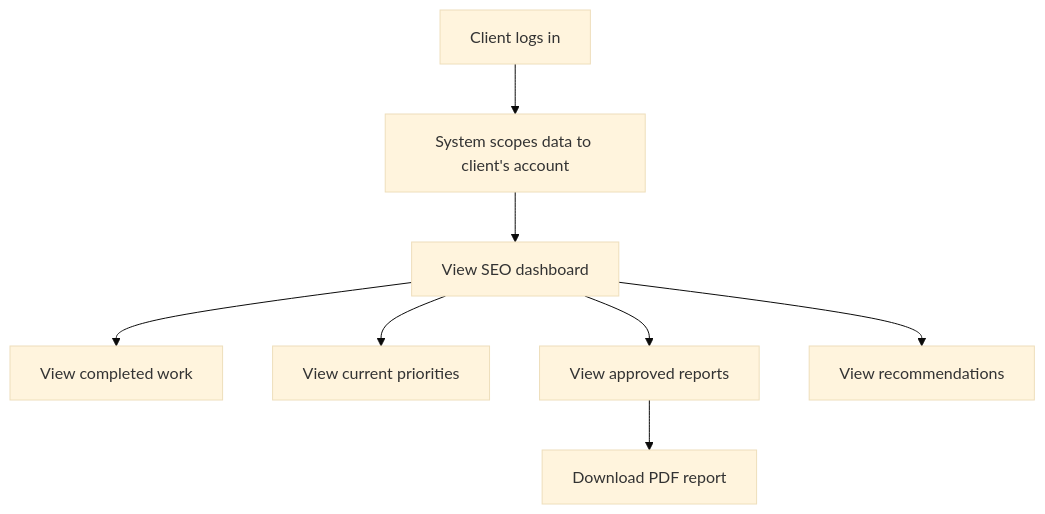
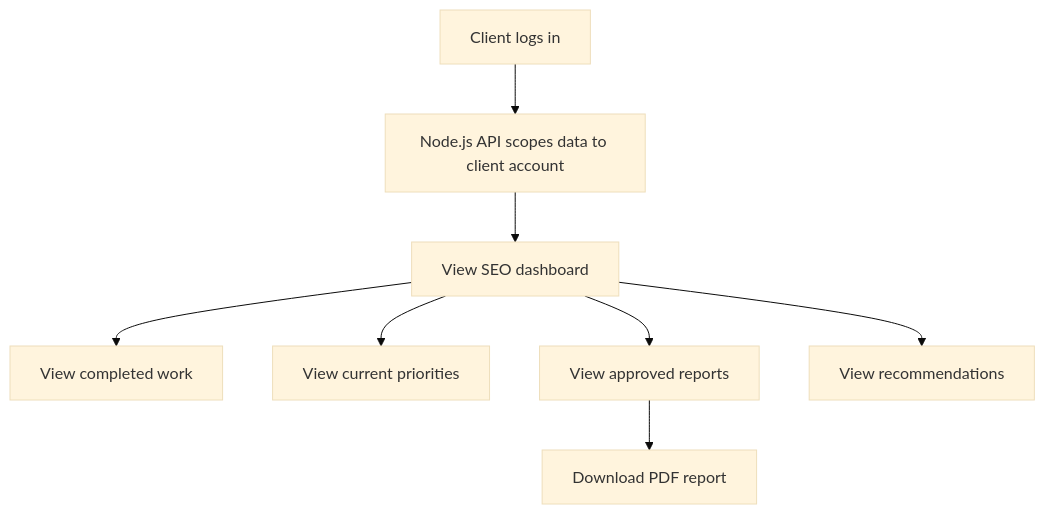
The fourth of 8 diagrams in features-use-cases-10-day-timeline.md (farhansldm/SLDM-seo), drawn with Mermaid (base theme) before and after one commit. The commit also changed other lines of this file and 32 other files, not shown here.

````diff
--- a/features-use-cases-10-day-timeline.md
+++ b/features-use-cases-10-day-timeline.md
@@ -330,19 +403,19 @@
 ```mermaid
 flowchart TD
     ClientLogin[Client logs in]
-    Scope[System scopes data to client's account]
+    Scope[Node.js API scopes data to client account]
     Dashboard[View SEO dashboard]
     Progress[View completed work]
     Priorities[View current priorities]
     Reports[View approved reports]
     Download[Download PDF report]
     Recommendations[View recommendations]
 
     ClientLogin --> Scope
     Scope --> Dashboard
     Dashboard --> Progress
     Dashboard --> Priorities
     Dashboard --> Reports
     Reports --> Download
     Dashboard --> Recommendations
 ```
````
